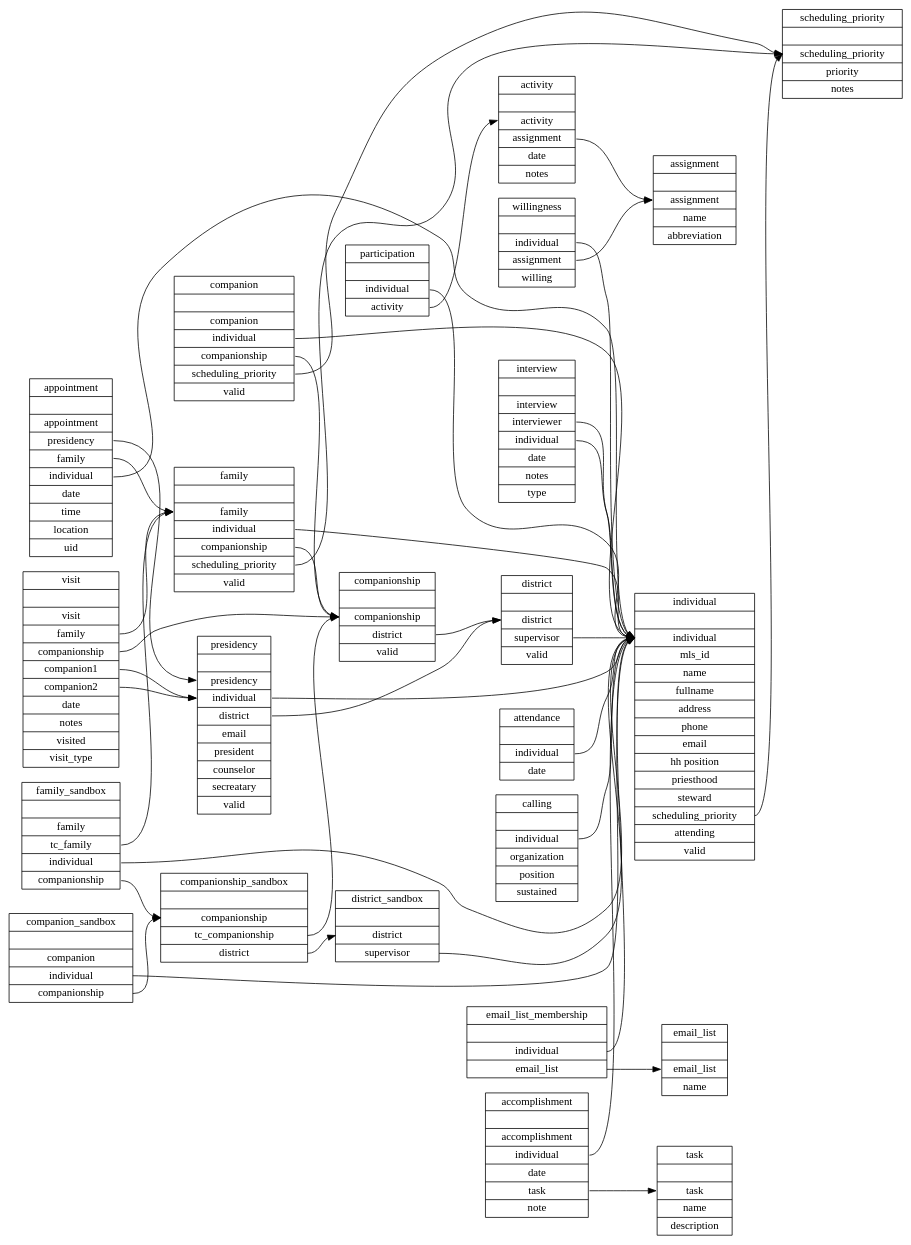
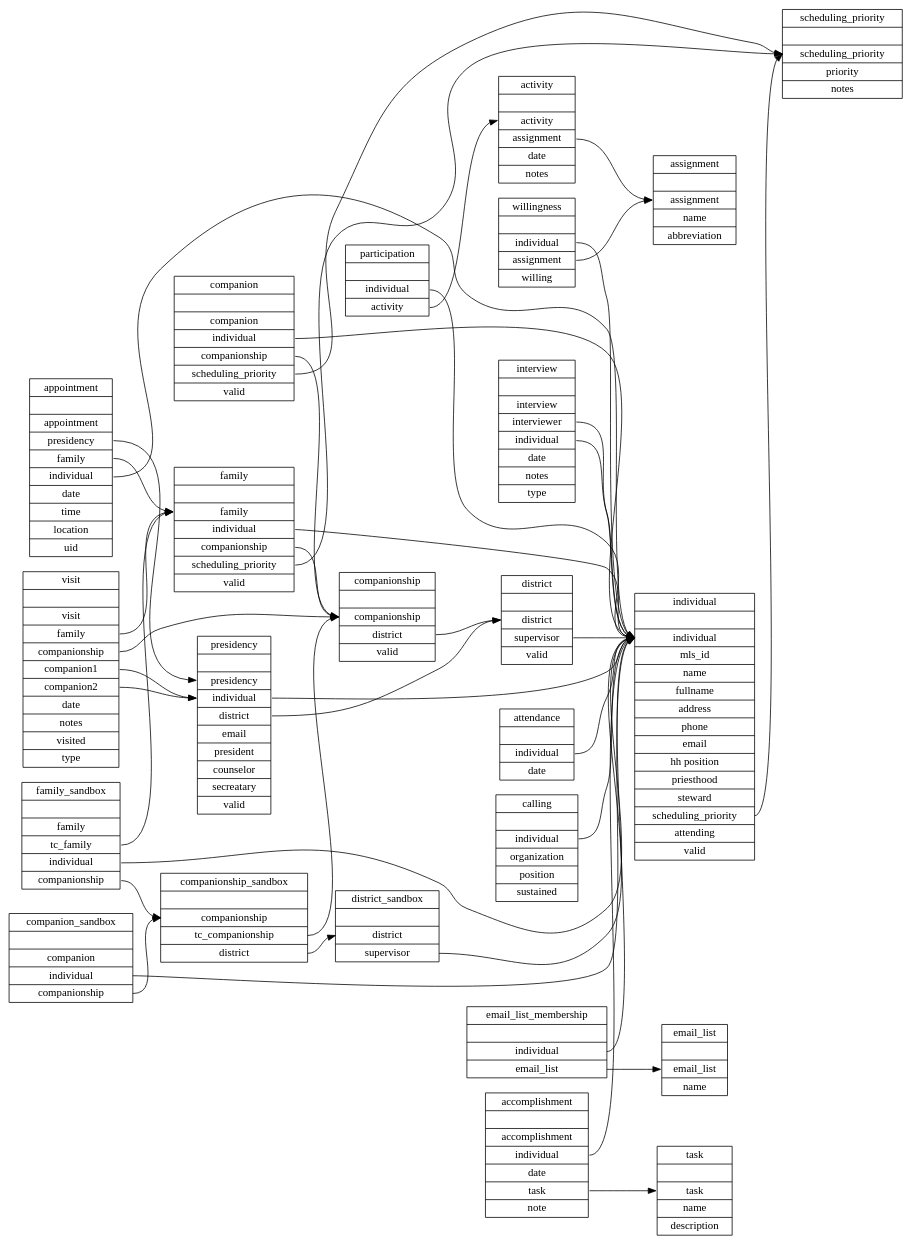
The diagram in sql/schema.dot (apippin/tc), drawn with Graphviz before and after one commit. The commit also changed 3 other files, not shown here.

Commit message:
changed visit_type to type

```diff
--- a/sql/schema.dot
+++ b/sql/schema.dot
@@ -1,158 +1,158 @@
 digraph schema {
   graph [
     rankdir = "LR"
   ];
   activity   [
     label = "activity||<a> activity|<s> assignment|<t> date|<n> notes"
     shape = "record"
   ];
   appointment   [
     label = "appointment||<a> appointment|<p> presidency|<f> family|<i> individual |<d> date|<t> time|<l> location|<u> uid"
     shape = "record"
   ];
   assignment    [
     label = "assignment||<a> assignment|<n> name|<ab> abbreviation"
     shape = "record"
   ];
   attendance   [
     label = "attendance||<i> individual|<d> date"
     shape = "record"
   ];
   calling       [
     label = "calling||<i> individual|<o> organization|<p> position|<s> sustained"
     shape = "record"
   ];
   companion   [
     label = "companion||<c> companion|<i> individual|<cp> companionship|<sp> scheduling_priority|<v> valid"
     shape = "record"
   ];
   companionship   [
     label = "companionship||<c> companionship|<d> district|<v> valid"
     shape = "record"
   ];
   district      [
     label = "district||<d> district|<s> supervisor|<v> valid"
     shape = "record"
   ];
   individual   [
     label = "individual||<i> individual|<id> mls_id|<n> name|<fn> fullname|<a> address|<p> phone|<em> email|<hh> hh position|<pr> priesthood|<st> steward|<sp> scheduling_priority|<a> attending|<v> valid"
     shape = "record"
   ];
   family   [
     label = "family||<f> family|<i> individual|<c> companionship|<sp> scheduling_priority|<v> valid"
     shape = "record"
   ];
   participation   [
     label = "participation||<i> individual|<a> activity"
     shape = "record"
   ];
   interview   [
     label = "interview||<in> interview|<i> interviewer|<il> individual|<t> date|<n> notes|<t> type"
     shape = "record"
   ];
   presidency    [
     label = "presidency||<p> presidency|<i> individual|<d> district|<em> email|<pr> president|<cn> counselor|<sec> secreatary|<v> valid"
     shape = "record"
   ];
   visit   [
-    label = "visit||<v> visit|<f> family|<c> companionship|<c1> companion1|<c2> companion2|<t> date|<n> notes|<v> visited|<vt> visit_type"
+    label = "visit||<v> visit|<f> family|<c> companionship|<c1> companion1|<c2> companion2|<t> date|<n> notes|<v> visited|<vt> type"
     shape = "record"
   ];
   willingness   [
     label = "willingness||<i> individual|<a> assignment|<w> willing"
     shape = "record"
   ];
   scheduling_priority   [
     label = "scheduling_priority||<sp> scheduling_priority|<p> priority|<n> notes"
     shape = "record"
   ];
   email_list   [
     label = "email_list||<e> email_list|<n> name"
     shape = "record"
   ];
   email_list_membership   [
     label = "email_list_membership||<i> individual|<e> email_list"
     shape = "record"
   ];
   accomplishment   [
     label = "accomplishment||<a> accomplishment|<i> individual|<d> date|<t> task|<n> note"
     shape = "record"
   ];
   task   [
     label = "task||<t> task|<n> name|<d> description"
     shape = "record"
   ];
   district_sandbox   [
     label = "district_sandbox||<d> district|<s> supervisor"
     shape = "record"
   ];
   companion_sandbox   [
     label = "companion_sandbox||<c> companion|<i> individual|<cp> companionship"
     shape = "record"
   ];
   companionship_sandbox   [
     label = "companionship_sandbox||<cp> companionship|<tcp> tc_companionship|<d> district"
     shape = "record"
   ];
   family_sandbox   [
     label = "family_sandbox||<f> family|<tcf> tc_family|<i> individual|<cp> companionship"
     shape = "record"
   ];
 
   activity:s      -> assignment:a
 
   appointment:p   -> presidency:p
   appointment:f   -> family:f
   appointment:i   -> individual:i
 
   attendance:i    -> individual:i
   
   calling:i       -> individual:i
 
   companion:cp    -> companionship:c
   companion:i     -> individual:i
   companion:sp    -> scheduling_priority:sp
 
   companionship:d -> district:d
   
   district:s      -> individual:i
   
   individual:sp   -> scheduling_priority:sp
   
   family:i        -> individual:i
   family:c        -> companionship:c
   family:sp       -> scheduling_priority:sp
 
   participation:i -> individual:i
   participation:a -> activity:a
 
   interview:il    -> individual:i
   interview:i     -> individual:i
 
   presidency:i    -> individual:i
   presidency:d    -> district:d
 
   visit:c         -> companionship:c
   visit:f         -> family:f
   visit:c1        -> presidency:i
   visit:c2        -> presidency:i
 
   willingness:i   -> individual:i
   willingness:a   -> assignment:a
 
   email_list_membership:i  -> individual:i
   email_list_membership:e  -> email_list:e
   
   accomplishment:i   -> individual:i
   accomplishment:t   -> task:t
  
   district_sandbox:s      -> individual:i
   companion_sandbox:i     -> individual:i
   companion_sandbox:cp    -> companionship_sandbox:cp
   companionship_sandbox:tcp -> companionship:c
   companionship_sandbox:d -> district_sandbox:d
   family_sandbox:tcf      -> family:f
   family_sandbox:i        -> individual:i
   family_sandbox:cp       -> companionship_sandbox:cp
   
 }
```
